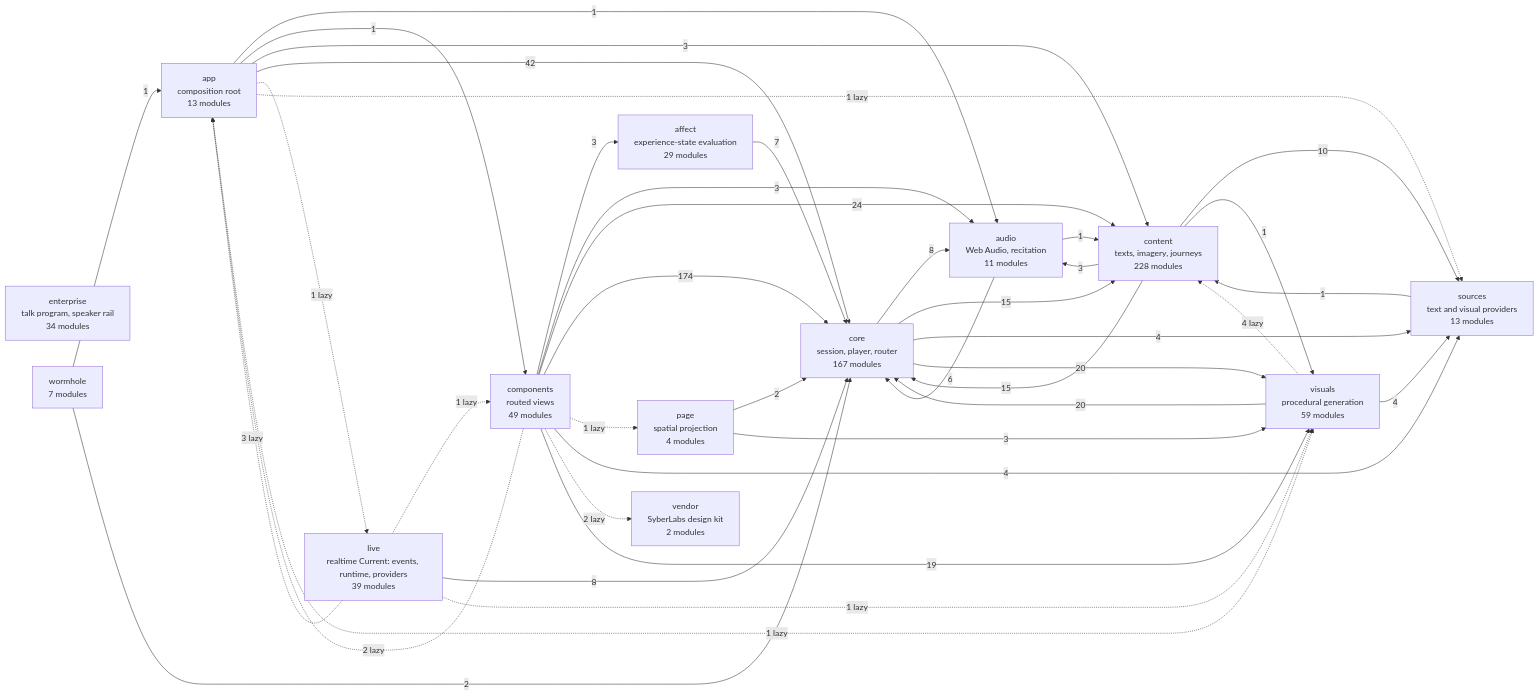
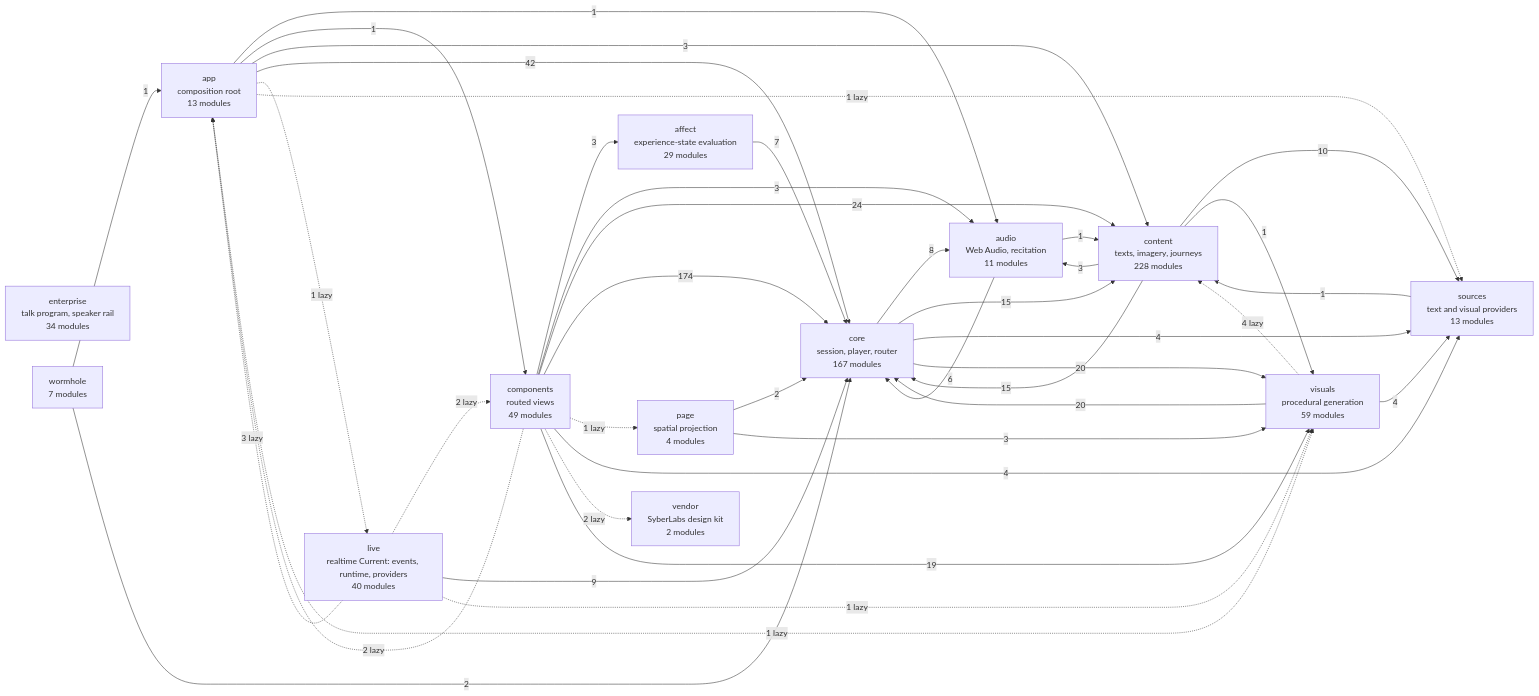
Before and after one commit to SyberLabs/RISE: the diagram in docs/specs/ARCHITECTURE.md, drawn with Mermaid. The commit also changed other lines of this file and 96 other files, not shown here.

````diff
--- a/docs/specs/ARCHITECTURE.md
+++ b/docs/specs/ARCHITECTURE.md
@@ -160,56 +160,56 @@
 ```mermaid
 flowchart LR
     affect["affect<br/>experience-state evaluation<br/>29 modules"]
     app["app<br/>composition root<br/>13 modules"]
     audio["audio<br/>Web Audio, recitation<br/>11 modules"]
     components["components<br/>routed views<br/>49 modules"]
     content["content<br/>texts, imagery, journeys<br/>228 modules"]
     core["core<br/>session, player, router<br/>167 modules"]
     enterprise["enterprise<br/>talk program, speaker rail<br/>34 modules"]
-    live["live<br/>realtime Current: events, runtime, providers<br/>39 modules"]
+    live["live<br/>realtime Current: events, runtime, providers<br/>40 modules"]
     page["page<br/>spatial projection<br/>4 modules"]
     sources["sources<br/>text and visual providers<br/>13 modules"]
     vendor["vendor<br/>SyberLabs design kit<br/>2 modules"]
     visuals["visuals<br/>procedural generation<br/>59 modules"]
     wormhole["wormhole<br/>7 modules"]
 
     affect --> |7| core
     app --> |1| audio
     app --> |1| components
     app --> |3| content
     app --> |42| core
     app -.-> |1 lazy| live
     app -.-> |1 lazy| sources
     app -.-> |1 lazy| visuals
     audio --> |1| content
     audio --> |6| core
     components --> |3| affect
     components -.-> |2 lazy| app
     components --> |3| audio
     components --> |24| content
     components --> |174| core
     components -.-> |1 lazy| page
     components --> |4| sources
     components -.-> |2 lazy| vendor
     components --> |19| visuals
     content --> |3| audio
     content --> |15| core
     content --> |10| sources
     content --> |1| visuals
     core --> |8| audio
     core --> |15| content
     core --> |4| sources
     core --> |20| visuals
     live -.-> |3 lazy| app
-    live -.-> |1 lazy| components
-    live --> |8| core
+    live -.-> |2 lazy| components
+    live --> |9| core
     live -.-> |1 lazy| visuals
     page --> |2| core
     page --> |3| visuals
     sources --> |1| content
     visuals -.-> |4 lazy| content
     visuals --> |20| core
     visuals --> |4| sources
     wormhole --> |1| app
     wormhole --> |2| core
 ```
````
